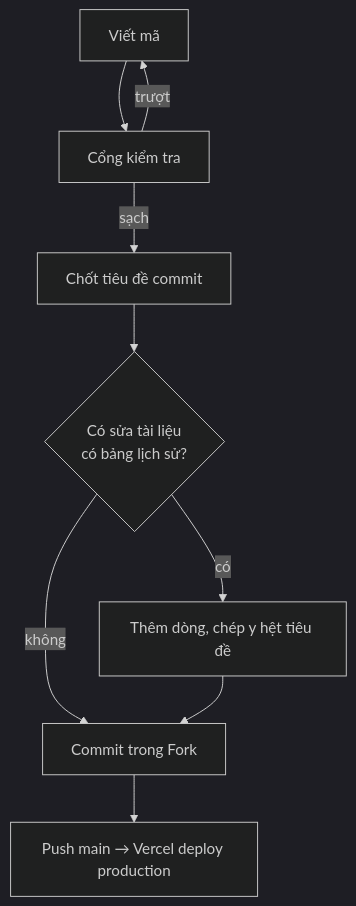
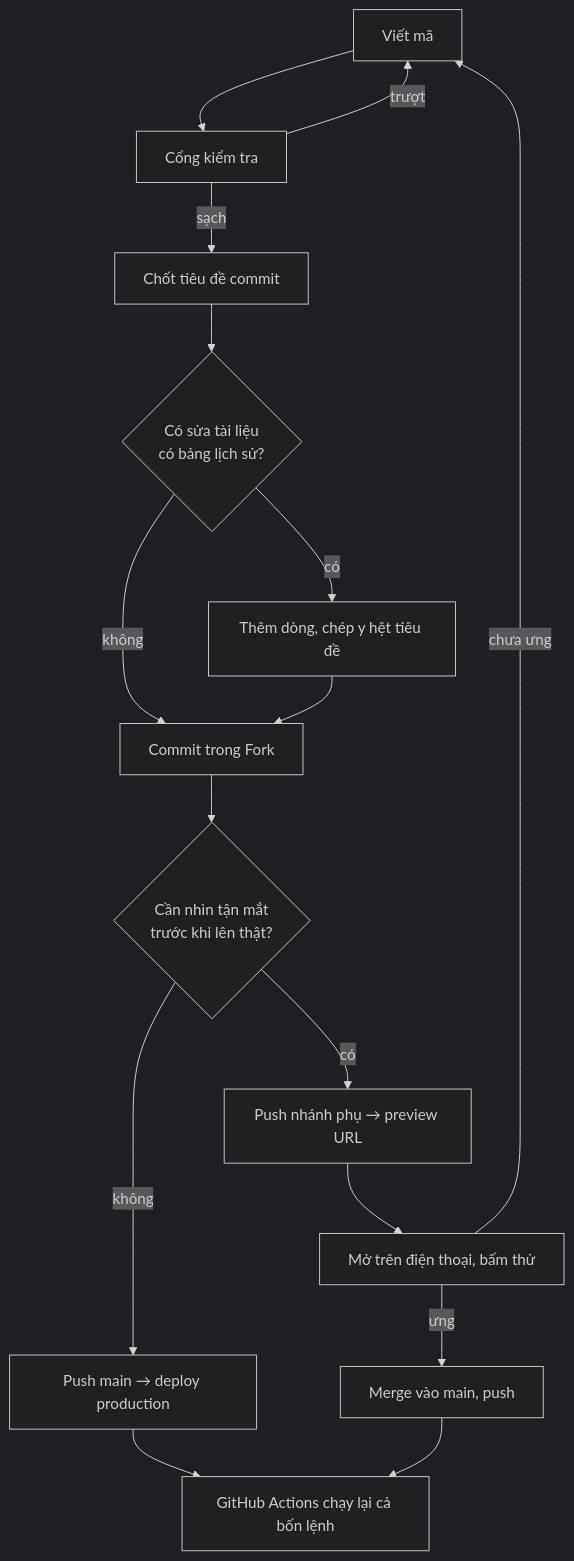
The diagram in docs/_internal/quy-trinh-lam-viec.md (TranQuocThieu22/learning-piano), drawn with Mermaid (dark theme) before and after one commit. The commit also changed other lines of this file and 1 other file, not shown here.

First line of the commit message:
ci: Thêm GitHub Actions gác đủ bốn lệnh kiểm trên mọi lần đẩy

````diff
--- a/docs/_internal/quy-trinh-lam-viec.md
+++ b/docs/_internal/quy-trinh-lam-viec.md
@@ -78,11 +103,18 @@
 ```mermaid
 flowchart TD
     A["Viết mã"] --> B["Cổng kiểm tra"]
     B -->|"trượt"| A
     B -->|"sạch"| C["Chốt tiêu đề commit"]
     C --> D{"Có sửa tài liệu<br/>có bảng lịch sử?"}
     D -->|"có"| E["Thêm dòng, chép y hệt tiêu đề"]
     D -->|"không"| F["Commit trong Fork"]
     E --> F
-    F --> G["Push main → Vercel deploy production"]
+    F --> G{"Cần nhìn tận mắt<br/>trước khi lên thật?"}
+    G -->|"không"| H["Push main → deploy production"]
+    G -->|"có"| I["Push nhánh phụ → preview URL"]
+    I --> J["Mở trên điện thoại, bấm thử"]
+    J -->|"chưa ưng"| A
+    J -->|"ưng"| K["Merge vào main, push"]
+    H --> L["GitHub Actions chạy lại cả bốn lệnh"]
+    K --> L
 ```
````
